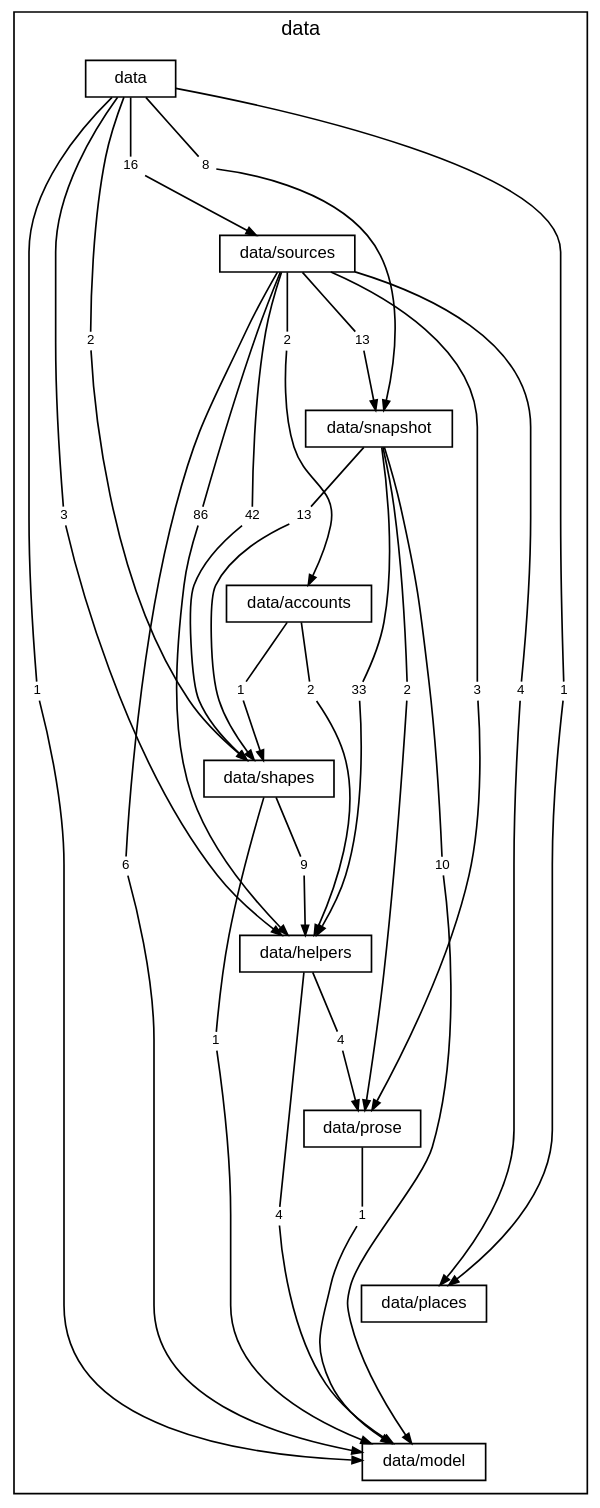
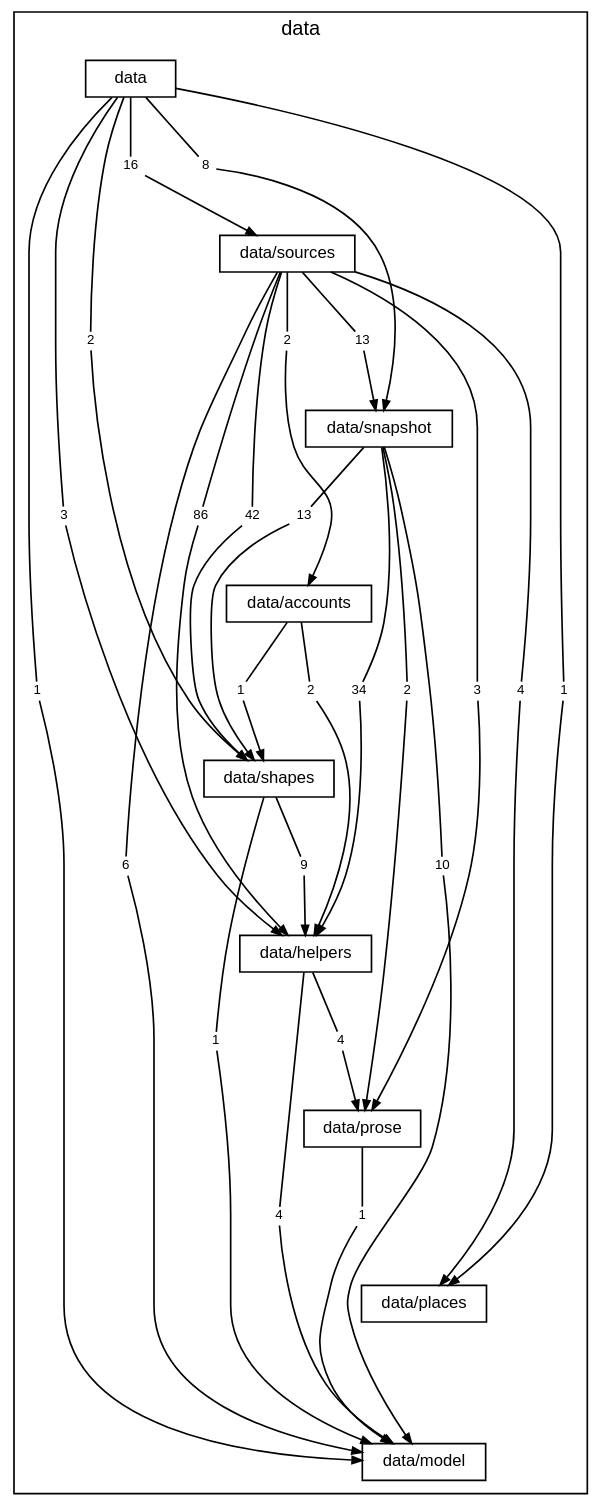
The diagram in docs/diagrams/layer-data.dot (TheAxeC/oculus), drawn with Graphviz before and after one commit. The commit also changed 122 other files, not shown here.

```diff
--- a/docs/diagrams/layer-data.dot
+++ b/docs/diagrams/layer-data.dot
@@ -1,97 +1,97 @@
 digraph layer_data {
     graph [bgcolor="transparent", rankdir=TB, newrank=true, mclimit=4, fontname="Helvetica", fontsize=12, nodesep=0.2, ranksep=0.5];
     node [shape=box, color="black", fontcolor="black", fontname="Helvetica", fontsize=10, height=0.3, margin="0.12,0.04"];
     edge [color="black", fontcolor="black", fontname="Helvetica", fontsize=8, arrowsize=0.6];
     subgraph "cluster_data" {
         label="data"; style=solid;
         "folder data" [label="data"];
         "folder data/sources" [label="data/sources"];
         "folder data/snapshot" [label="data/snapshot"];
         "folder data/accounts" [label="data/accounts"];
         "folder data/shapes" [label="data/shapes"];
         "folder data/helpers" [label="data/helpers"];
         "folder data/prose" [label="data/prose"];
         "folder data/places" [label="data/places"];
         "folder data/model" [label="data/model"];
         "folder data to folder data/helpers" [label="3", shape=box, color="transparent", fontsize=8, width=0, height=0, margin="0.04,0.02"];
         "folder data to folder data/model" [label="1", shape=box, color="transparent", fontsize=8, width=0, height=0, margin="0.04,0.02"];
         "folder data to folder data/places" [label="1", shape=box, color="transparent", fontsize=8, width=0, height=0, margin="0.04,0.02"];
         "folder data to folder data/shapes" [label="2", shape=box, color="transparent", fontsize=8, width=0, height=0, margin="0.04,0.02"];
         "folder data to folder data/snapshot" [label="8", shape=box, color="transparent", fontsize=8, width=0, height=0, margin="0.04,0.02"];
         "folder data to folder data/sources" [label="16", shape=box, color="transparent", fontsize=8, width=0, height=0, margin="0.04,0.02"];
         "folder data/sources to folder data/accounts" [label="2", shape=box, color="transparent", fontsize=8, width=0, height=0, margin="0.04,0.02"];
         "folder data/sources to folder data/helpers" [label="86", shape=box, color="transparent", fontsize=8, width=0, height=0, margin="0.04,0.02"];
         "folder data/sources to folder data/model" [label="6", shape=box, color="transparent", fontsize=8, width=0, height=0, margin="0.04,0.02"];
         "folder data/sources to folder data/places" [label="4", shape=box, color="transparent", fontsize=8, width=0, height=0, margin="0.04,0.02"];
         "folder data/sources to folder data/prose" [label="3", shape=box, color="transparent", fontsize=8, width=0, height=0, margin="0.04,0.02"];
         "folder data/sources to folder data/shapes" [label="42", shape=box, color="transparent", fontsize=8, width=0, height=0, margin="0.04,0.02"];
         "folder data/sources to folder data/snapshot" [label="13", shape=box, color="transparent", fontsize=8, width=0, height=0, margin="0.04,0.02"];
-        "folder data/snapshot to folder data/helpers" [label="33", shape=box, color="transparent", fontsize=8, width=0, height=0, margin="0.04,0.02"];
+        "folder data/snapshot to folder data/helpers" [label="34", shape=box, color="transparent", fontsize=8, width=0, height=0, margin="0.04,0.02"];
         "folder data/snapshot to folder data/model" [label="10", shape=box, color="transparent", fontsize=8, width=0, height=0, margin="0.04,0.02"];
         "folder data/snapshot to folder data/prose" [label="2", shape=box, color="transparent", fontsize=8, width=0, height=0, margin="0.04,0.02"];
         "folder data/snapshot to folder data/shapes" [label="13", shape=box, color="transparent", fontsize=8, width=0, height=0, margin="0.04,0.02"];
         "folder data/accounts to folder data/helpers" [label="2", shape=box, color="transparent", fontsize=8, width=0, height=0, margin="0.04,0.02"];
         "folder data/accounts to folder data/shapes" [label="1", shape=box, color="transparent", fontsize=8, width=0, height=0, margin="0.04,0.02"];
         "folder data/shapes to folder data/helpers" [label="9", shape=box, color="transparent", fontsize=8, width=0, height=0, margin="0.04,0.02"];
         "folder data/shapes to folder data/model" [label="1", shape=box, color="transparent", fontsize=8, width=0, height=0, margin="0.04,0.02"];
         "folder data/helpers to folder data/model" [label="4", shape=box, color="transparent", fontsize=8, width=0, height=0, margin="0.04,0.02"];
         "folder data/helpers to folder data/prose" [label="4", shape=box, color="transparent", fontsize=8, width=0, height=0, margin="0.04,0.02"];
         "folder data/prose to folder data/model" [label="1", shape=box, color="transparent", fontsize=8, width=0, height=0, margin="0.04,0.02"];
     }
     "folder data" -> "folder data/sources" [style=invis, weight=10, minlen=2];
     "folder data/sources" -> "folder data/snapshot" [style=invis, weight=10, minlen=2];
     "folder data/snapshot" -> "folder data/accounts" [style=invis, weight=10, minlen=2];
     "folder data/accounts" -> "folder data/shapes" [style=invis, weight=10, minlen=2];
     "folder data/shapes" -> "folder data/helpers" [style=invis, weight=10, minlen=2];
     "folder data/helpers" -> "folder data/prose" [style=invis, weight=10, minlen=2];
     "folder data/prose" -> "folder data/places" [style=invis, weight=10, minlen=2];
     "folder data/places" -> "folder data/model" [style=invis, weight=10, minlen=2];
     "folder data" -> "folder data to folder data/helpers" [arrowhead=none, minlen=5, weight=10];
     "folder data to folder data/helpers" -> "folder data/helpers" [];
     "folder data" -> "folder data to folder data/model" [arrowhead=none, minlen=7, weight=10];
     "folder data to folder data/model" -> "folder data/model" [];
     "folder data" -> "folder data to folder data/places" [arrowhead=none, minlen=7, weight=10];
     "folder data to folder data/places" -> "folder data/places" [];
     "folder data" -> "folder data to folder data/shapes" [arrowhead=none, minlen=3, weight=10];
     "folder data to folder data/shapes" -> "folder data/shapes" [];
     "folder data" -> "folder data to folder data/snapshot" [arrowhead=none, minlen=1, weight=10];
     "folder data to folder data/snapshot" -> "folder data/snapshot" [];
     "folder data" -> "folder data to folder data/sources" [arrowhead=none, minlen=1, weight=10];
     "folder data to folder data/sources" -> "folder data/sources" [];
     "folder data/sources" -> "folder data/sources to folder data/accounts" [arrowhead=none, minlen=1, weight=10];
     "folder data/sources to folder data/accounts" -> "folder data/accounts" [];
     "folder data/sources" -> "folder data/sources to folder data/helpers" [arrowhead=none, minlen=3, weight=10];
     "folder data/sources to folder data/helpers" -> "folder data/helpers" [];
     "folder data/sources" -> "folder data/sources to folder data/model" [arrowhead=none, minlen=7, weight=10];
     "folder data/sources to folder data/model" -> "folder data/model" [];
     "folder data/sources" -> "folder data/sources to folder data/places" [arrowhead=none, minlen=5, weight=10];
     "folder data/sources to folder data/places" -> "folder data/places" [];
     "folder data/sources" -> "folder data/sources to folder data/prose" [arrowhead=none, minlen=5, weight=10];
     "folder data/sources to folder data/prose" -> "folder data/prose" [];
     "folder data/sources" -> "folder data/sources to folder data/shapes" [arrowhead=none, minlen=3, weight=10];
     "folder data/sources to folder data/shapes" -> "folder data/shapes" [];
     "folder data/sources" -> "folder data/sources to folder data/snapshot" [arrowhead=none, minlen=1, weight=10];
     "folder data/sources to folder data/snapshot" -> "folder data/snapshot" [];
     "folder data/snapshot" -> "folder data/snapshot to folder data/helpers" [arrowhead=none, minlen=3, weight=10];
     "folder data/snapshot to folder data/helpers" -> "folder data/helpers" [];
     "folder data/snapshot" -> "folder data/snapshot to folder data/model" [arrowhead=none, minlen=5, weight=10];
     "folder data/snapshot to folder data/model" -> "folder data/model" [];
     "folder data/snapshot" -> "folder data/snapshot to folder data/prose" [arrowhead=none, minlen=3, weight=10];
     "folder data/snapshot to folder data/prose" -> "folder data/prose" [];
     "folder data/snapshot" -> "folder data/snapshot to folder data/shapes" [arrowhead=none, minlen=1, weight=10];
     "folder data/snapshot to folder data/shapes" -> "folder data/shapes" [];
     "folder data/accounts" -> "folder data/accounts to folder data/helpers" [arrowhead=none, minlen=1, weight=10];
     "folder data/accounts to folder data/helpers" -> "folder data/helpers" [];
     "folder data/accounts" -> "folder data/accounts to folder data/shapes" [arrowhead=none, minlen=1, weight=10];
     "folder data/accounts to folder data/shapes" -> "folder data/shapes" [];
     "folder data/shapes" -> "folder data/shapes to folder data/helpers" [arrowhead=none, minlen=1, weight=10];
     "folder data/shapes to folder data/helpers" -> "folder data/helpers" [];
     "folder data/shapes" -> "folder data/shapes to folder data/model" [arrowhead=none, minlen=3, weight=10];
     "folder data/shapes to folder data/model" -> "folder data/model" [];
     "folder data/helpers" -> "folder data/helpers to folder data/model" [arrowhead=none, minlen=3, weight=10];
     "folder data/helpers to folder data/model" -> "folder data/model" [];
     "folder data/helpers" -> "folder data/helpers to folder data/prose" [arrowhead=none, minlen=1, weight=10];
     "folder data/helpers to folder data/prose" -> "folder data/prose" [];
     "folder data/prose" -> "folder data/prose to folder data/model" [arrowhead=none, minlen=1, weight=10];
     "folder data/prose to folder data/model" -> "folder data/model" [];
 }
```
